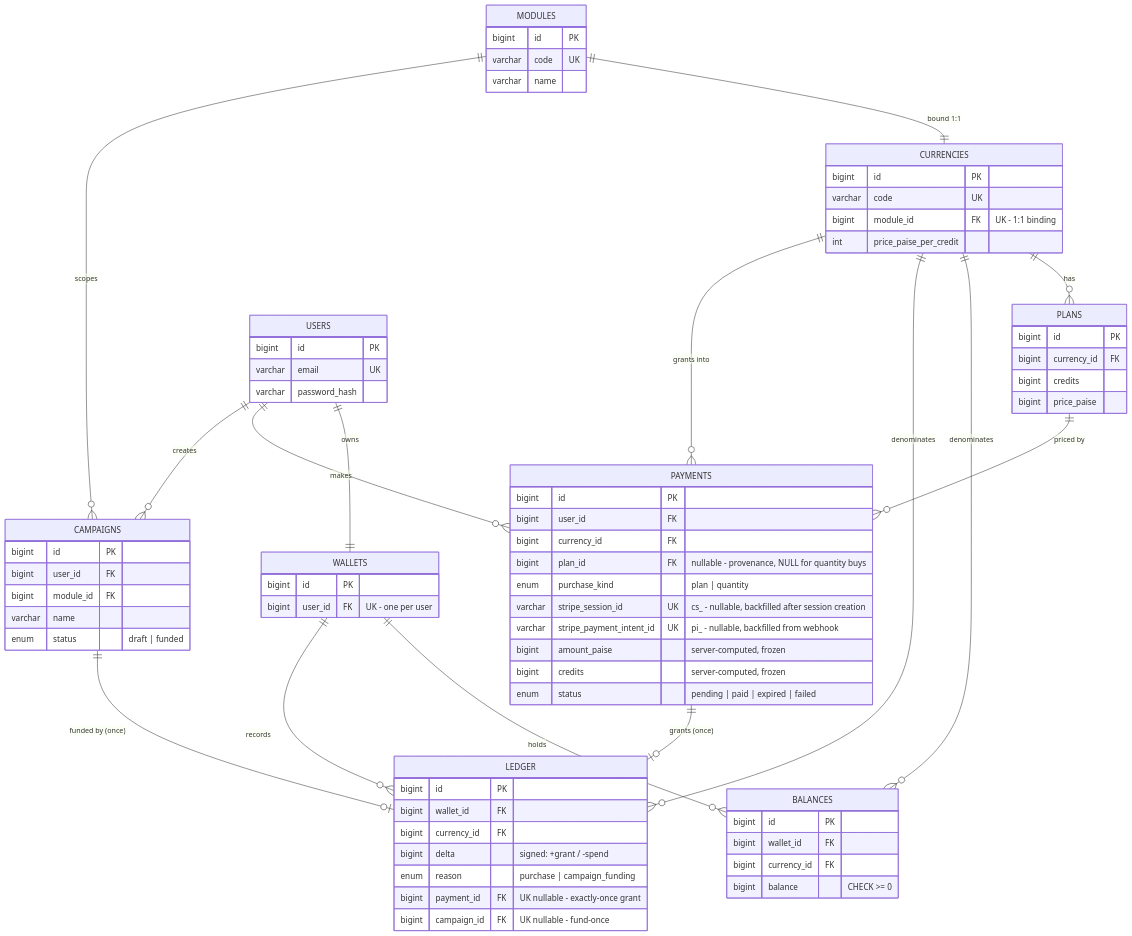
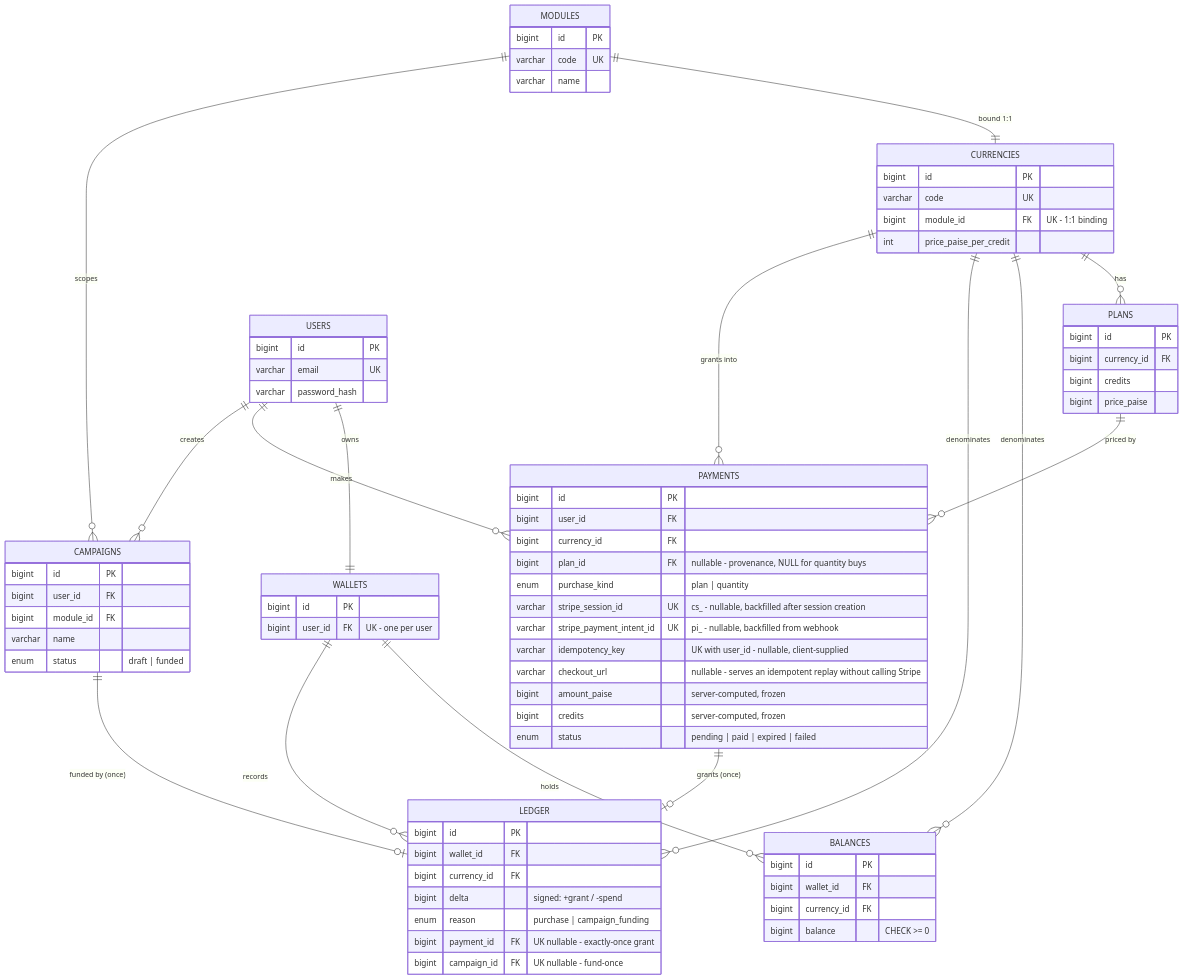
The diagram in DESIGN.md (point8290/InfluencerPlatform), drawn with Mermaid before and after one commit. The commit also changed 5 other files, not shown here.

````diff
--- a/DESIGN.md
+++ b/DESIGN.md
@@ -18,78 +18,80 @@
 ```mermaid
 erDiagram
     MODULES ||--|| CURRENCIES : "bound 1:1"
     MODULES ||--o{ CAMPAIGNS : "scopes"
     CURRENCIES ||--o{ PLANS : "has"
     CURRENCIES ||--o{ BALANCES : "denominates"
     CURRENCIES ||--o{ LEDGER : "denominates"
     CURRENCIES ||--o{ PAYMENTS : "grants into"
     USERS ||--|| WALLETS : "owns"
     USERS ||--o{ PAYMENTS : "makes"
     USERS ||--o{ CAMPAIGNS : "creates"
     WALLETS ||--o{ BALANCES : "holds"
     WALLETS ||--o{ LEDGER : "records"
     PLANS ||--o{ PAYMENTS : "priced by"
     PAYMENTS ||--o| LEDGER : "grants (once)"
     CAMPAIGNS ||--o| LEDGER : "funded by (once)"
 
     MODULES {
         bigint id PK
         varchar code UK
         varchar name
     }
     CURRENCIES {
         bigint id PK
         varchar code UK
         bigint module_id FK "UK - 1:1 binding"
         int price_paise_per_credit
     }
     PLANS {
         bigint id PK
         bigint currency_id FK
         bigint credits
         bigint price_paise
     }
     USERS {
         bigint id PK
         varchar email UK
         varchar password_hash
     }
     WALLETS {
         bigint id PK
         bigint user_id FK "UK - one per user"
     }
     BALANCES {
         bigint id PK
         bigint wallet_id FK
         bigint currency_id FK
         bigint balance "CHECK >= 0"
     }
     LEDGER {
         bigint id PK
         bigint wallet_id FK
         bigint currency_id FK
         bigint delta "signed: +grant / -spend"
         enum reason "purchase | campaign_funding"
         bigint payment_id FK "UK nullable - exactly-once grant"
         bigint campaign_id FK "UK nullable - fund-once"
     }
     PAYMENTS {
         bigint id PK
         bigint user_id FK
         bigint currency_id FK
         bigint plan_id FK "nullable - provenance, NULL for quantity buys"
         enum purchase_kind "plan | quantity"
         varchar stripe_session_id UK "cs_ - nullable, backfilled after session creation"
         varchar stripe_payment_intent_id UK "pi_ - nullable, backfilled from webhook"
+        varchar idempotency_key "UK with user_id - nullable, client-supplied"
+        varchar checkout_url "nullable - serves an idempotent replay without calling Stripe"
         bigint amount_paise "server-computed, frozen"
         bigint credits "server-computed, frozen"
         enum status "pending | paid | expired | failed"
     }
     CAMPAIGNS {
         bigint id PK
         bigint user_id FK
         bigint module_id FK
         varchar name
         enum status "draft | funded"
     }
 ```
````
